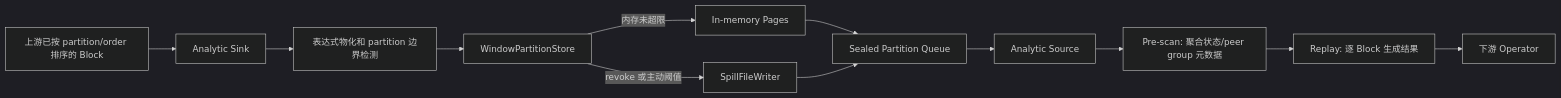
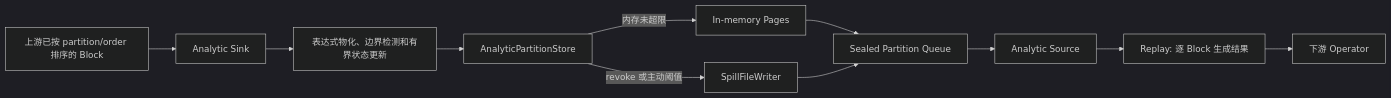
The first of 2 diagrams in docs/window-function-spill-design.md (apache/doris), drawn with Mermaid (dark theme) before and after one commit. The commit also changed other lines of this file and 20 other files, not shown here.

````diff
--- a/docs/window-function-spill-design.md
+++ b/docs/window-function-spill-design.md
@@ -159,14 +159,13 @@
 ```mermaid
 flowchart LR
     U[上游已按 partition/order 排序的 Block] --> S[Analytic Sink]
-    S --> M[表达式物化和 partition 边界检测]
-    M --> P[WindowPartitionStore]
+    S --> M[表达式物化、边界检测和有界状态更新]
+    M --> P[AnalyticPartitionStore]
     P -->|内存未超限| I[In-memory Pages]
     P -->|revoke 或主动阈值| W[SpillFileWriter]
     I --> Q[Sealed Partition Queue]
     W --> Q
     Q --> R[Analytic Source]
-    R --> A[Pre-scan: 聚合状态/peer group 元数据]
-    A --> B[Replay: 逐 Block 生成结果]
+    R --> B[Replay: 逐 Block 生成结果]
     B --> D[下游 Operator]
 ```
````
